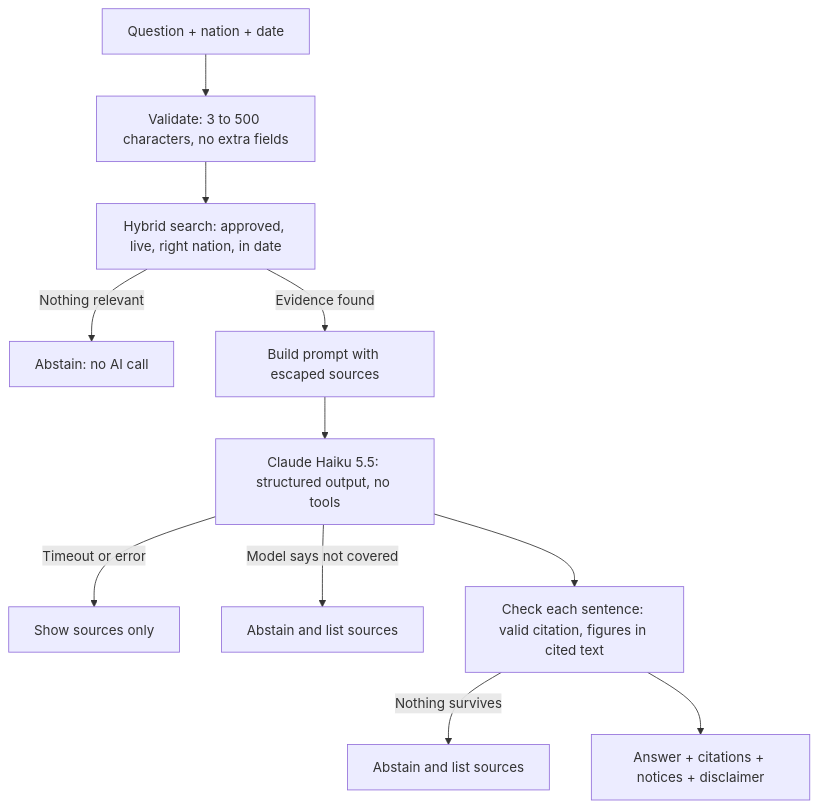
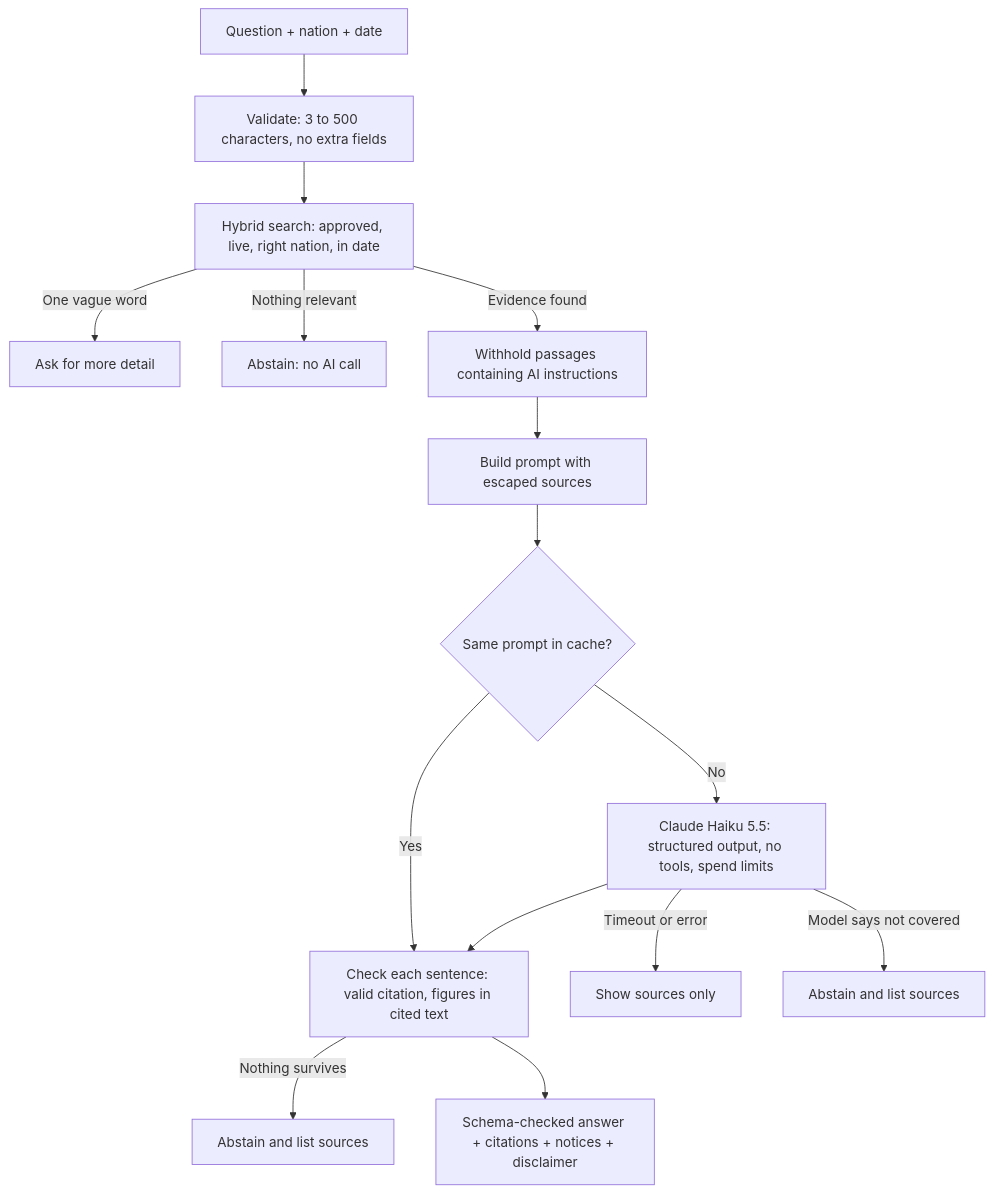
One commit to AryanYadav1010/WageWise changed the second of 3 diagrams in PROJECT_OVERVIEW.md. Above: the diagram before and after it, drawn with Mermaid. The commit also changed other lines of this file and 50 other files, not shown here.

````diff
--- a/PROJECT_OVERVIEW.md
+++ b/PROJECT_OVERVIEW.md
@@ -150,13 +152,17 @@
 ```mermaid
 flowchart TD
   Q[Question + nation + date] --> V[Validate: 3 to 500 characters, no extra fields]
   V --> S[Hybrid search: approved, live, right nation, in date]
+  S -->|One vague word| A0[Ask for more detail]
   S -->|Nothing relevant| A1[Abstain: no AI call]
-  S -->|Evidence found| P[Build prompt with escaped sources]
-  P --> L[Claude Haiku 5.5: structured output, no tools]
+  S -->|Evidence found| F[Withhold passages containing AI instructions]
+  F --> P[Build prompt with escaped sources]
+  P --> H{Same prompt in cache?}
+  H -->|Yes| C
+  H -->|No| L[Claude Haiku 5.5: structured output, no tools, spend limits]
   L -->|Timeout or error| A2[Show sources only]
   L -->|Model says not covered| A3[Abstain and list sources]
   L --> C[Check each sentence: valid citation, figures in cited text]
   C -->|Nothing survives| A4[Abstain and list sources]
-  C --> OK[Answer + citations + notices + disclaimer]
+  C --> OK[Schema-checked answer + citations + notices + disclaimer]
 ```
````
